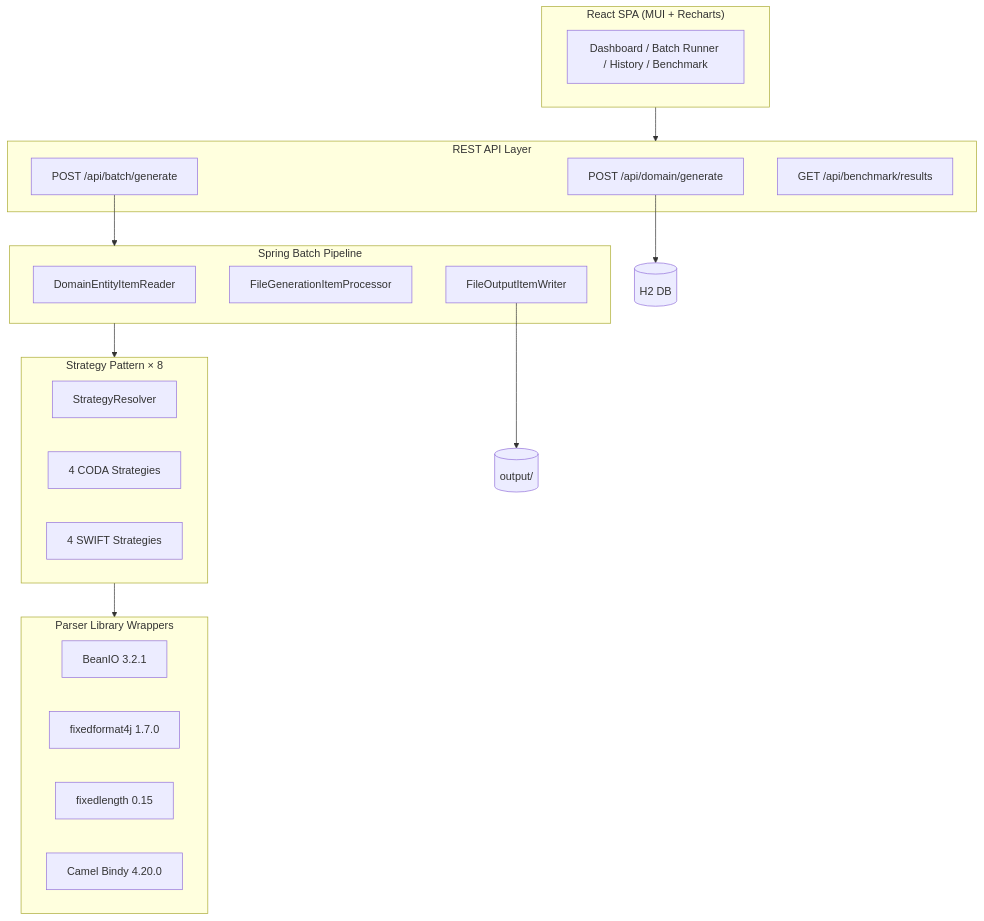
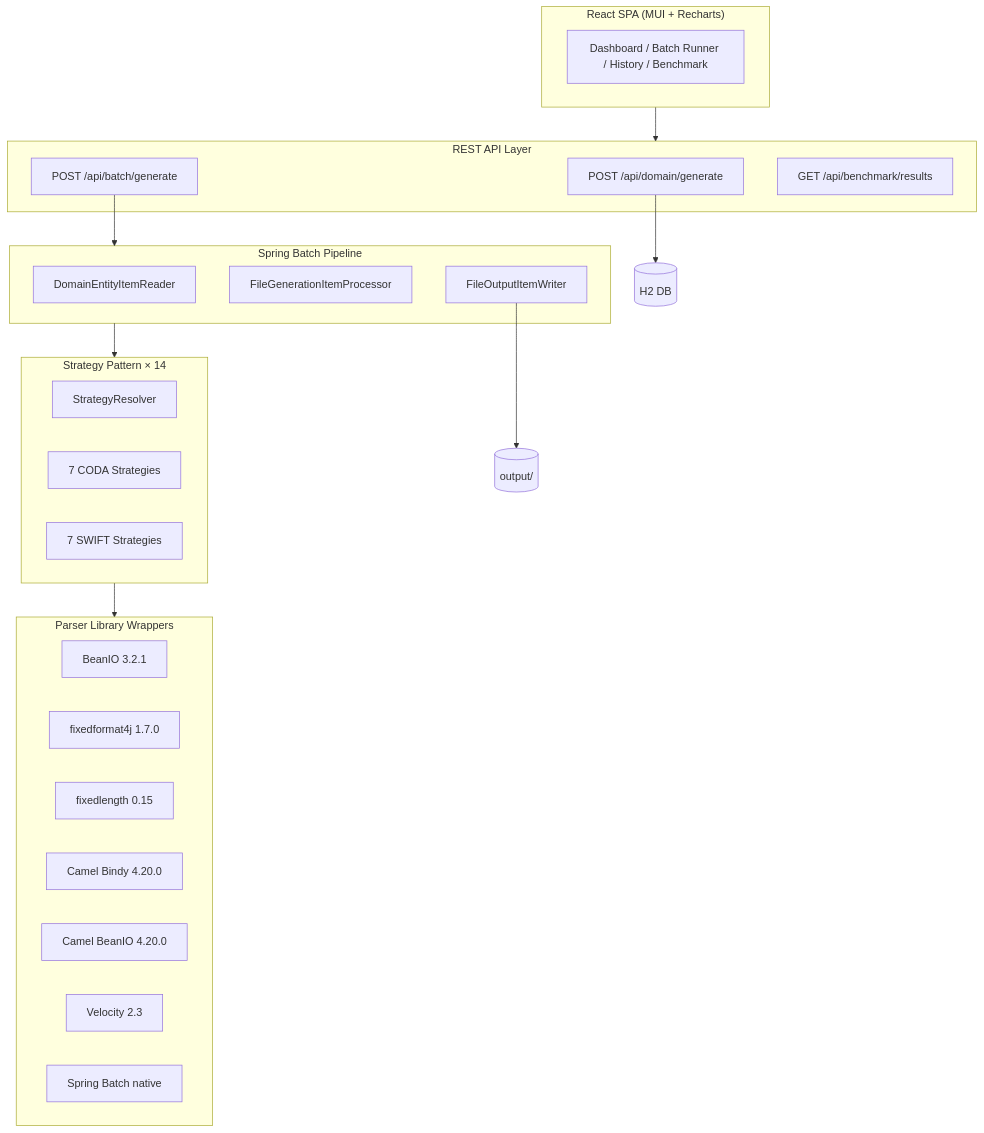
One commit to wallaceespindola/fixed-length-converters changed the diagram in README.md. Above: the diagram before and after it, drawn with Mermaid. The commit also changed other lines of this file and 1 other file, not shown here.

Commit message:
docs: document Camel BeanIO, Velocity, and Spring Batch native libraries

````diff
--- a/README.md
+++ b/README.md
@@ -30,33 +30,36 @@
 ```mermaid
 graph TB
     subgraph Frontend["React SPA (MUI + Recharts)"]
         UI[Dashboard / Batch Runner / History / Benchmark]
     end
     subgraph API["REST API Layer"]
         DC[POST /api/domain/generate]
         BC[POST /api/batch/generate]
         BNC[GET /api/benchmark/results]
     end
     subgraph Batch["Spring Batch Pipeline"]
         READER[DomainEntityItemReader]
         PROC[FileGenerationItemProcessor]
         WRITER[FileOutputItemWriter]
     end
-    subgraph Strategy["Strategy Pattern × 8"]
+    subgraph Strategy["Strategy Pattern × 14"]
         SR[StrategyResolver]
-        C4[4 CODA Strategies]
-        S4[4 SWIFT Strategies]
+        C7[7 CODA Strategies]
+        S7[7 SWIFT Strategies]
     end
     subgraph Parsers["Parser Library Wrappers"]
         BIO[BeanIO 3.2.1]
         FF4J[fixedformat4j 1.7.0]
         VL[fixedlength 0.15]
         BINDY[Camel Bindy 4.20.0]
+        CBIO[Camel BeanIO 4.20.0]
+        VEL[Velocity 2.3]
+        SB[Spring Batch native]
     end
     Frontend --> API
     DC --> H2[(H2 DB)]
     BC --> Batch
     Batch --> Strategy
     Strategy --> Parsers
     WRITER --> output[(output/)]
 ```
````
